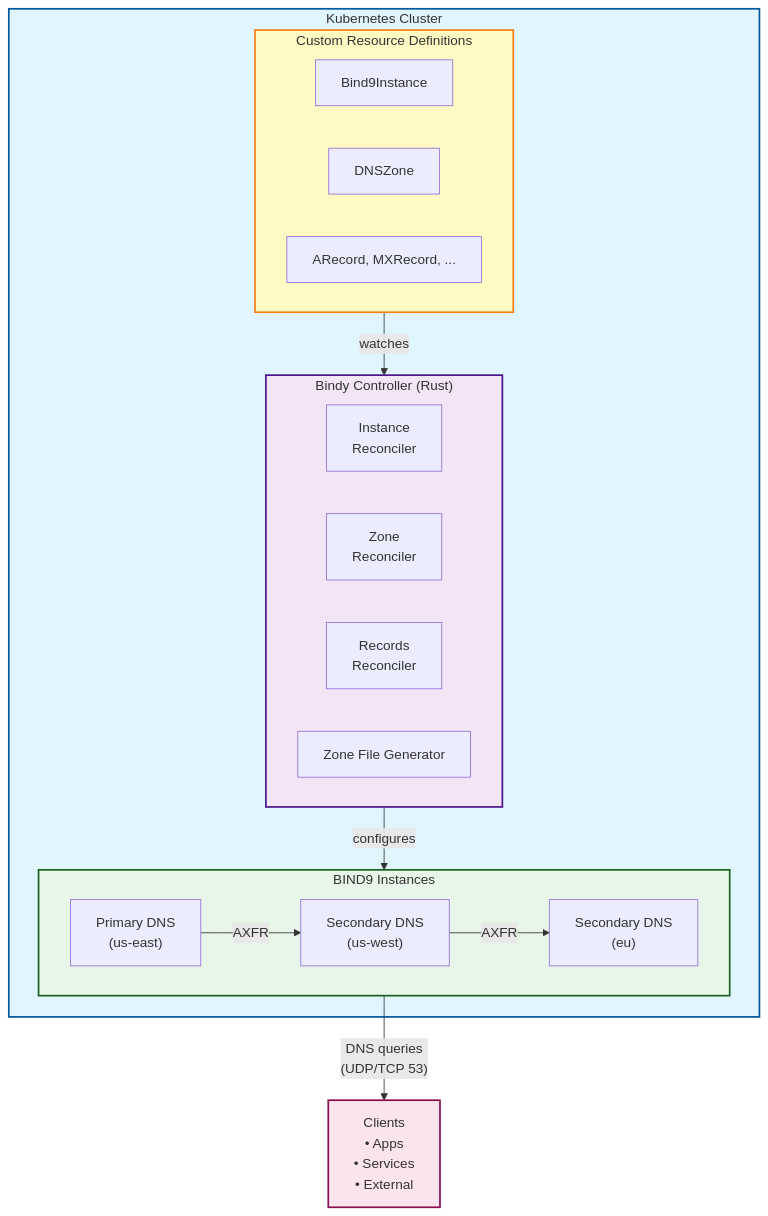
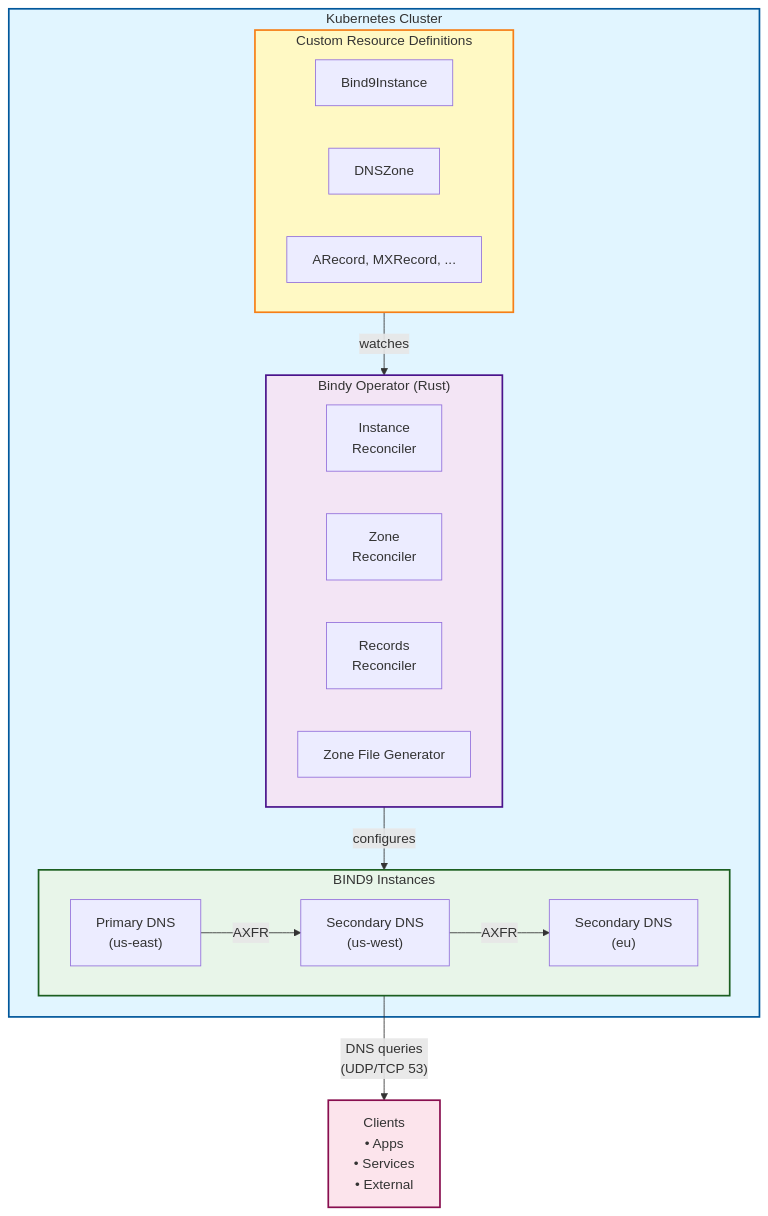
One commit to firestoned/bindy changed the first of 6 diagrams in docs/src/concepts/architecture.md. Above: the diagram before and after it, drawn with Mermaid. The commit also changed other lines of this file and 150 other files, not shown here.

Commit message:
Change the occurences from controller to operator (#83)

````diff
--- a/docs/src/concepts/architecture.md
+++ b/docs/src/concepts/architecture.md
@@ -7,37 +7,37 @@
 ```mermaid
 graph TB
     subgraph k8s["Kubernetes Cluster"]
         subgraph crds["Custom Resource Definitions"]
             crd1["Bind9Instance"]
             crd2["DNSZone"]
             crd3["ARecord, MXRecord, ..."]
         end
 
-        subgraph controller["Bindy Controller (Rust)"]
+        subgraph operator["Bindy Operator (Rust)"]
             reconciler1["Instance<br/>Reconciler"]
             reconciler2["Zone<br/>Reconciler"]
             reconciler3["Records<br/>Reconciler"]
             zonegen["Zone File Generator"]
         end
 
         subgraph bind9["BIND9 Instances"]
             primary["Primary DNS<br/>(us-east)"]
             secondary1["Secondary DNS<br/>(us-west)"]
             secondary2["Secondary DNS<br/>(eu)"]
         end
     end
 
     clients["Clients<br/>• Apps<br/>• Services<br/>• External"]
 
-    crds -->|watches| controller
-    controller -->|configures| bind9
+    crds -->|watches| operator
+    operator -->|configures| bind9
     primary -->|AXFR| secondary1
     secondary1 -->|AXFR| secondary2
     bind9 -->|"DNS queries<br/>(UDP/TCP 53)"| clients
 
     style k8s fill:#e1f5ff,stroke:#01579b,stroke-width:2px
     style crds fill:#fff9c4,stroke:#f57f17,stroke-width:2px
-    style controller fill:#f3e5f5,stroke:#4a148c,stroke-width:2px
+    style operator fill:#f3e5f5,stroke:#4a148c,stroke-width:2px
     style bind9 fill:#e8f5e9,stroke:#1b5e20,stroke-width:2px
     style clients fill:#fce4ec,stroke:#880e4f,stroke-width:2px
 ```
````
